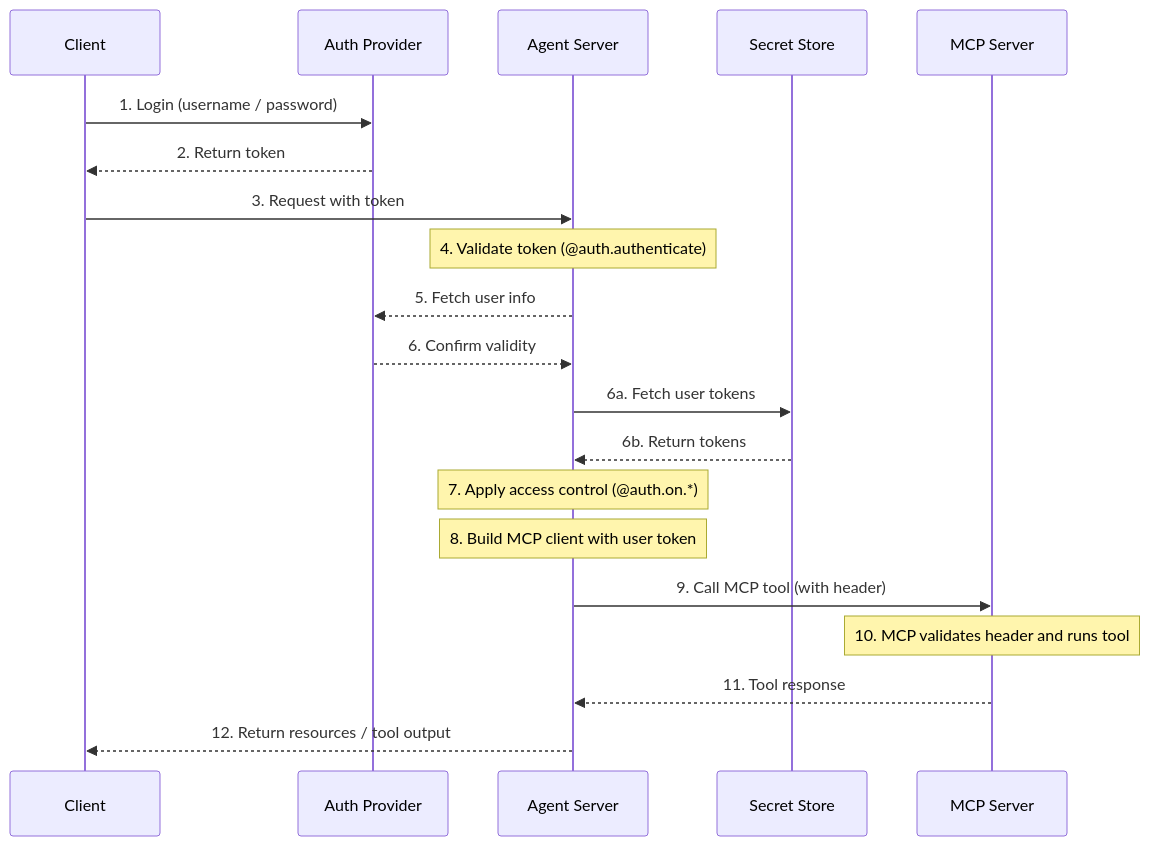
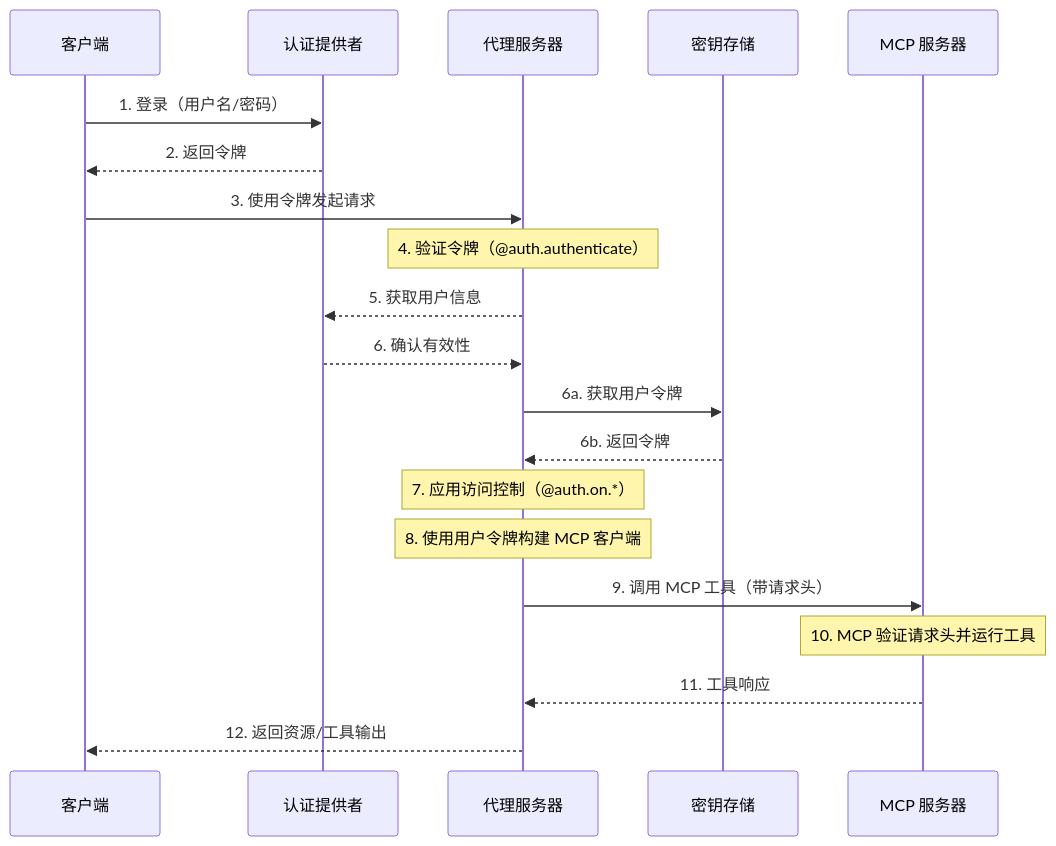
Before and after one commit to kunfan96/cndocs-langchain: the diagram in langsmith/server-mcp.mdx, drawn with Mermaid. The commit also changed other lines of this file and 2498 other files, not shown here.

````diff
--- a/langsmith/server-mcp.mdx
+++ b/langsmith/server-mcp.mdx
@@ -16,33 +16,33 @@
 ```mermaid
 sequenceDiagram
-  %% Actors
-  participant ClientApp as Client
-  participant AuthProv  as Auth Provider
-  participant LangGraph as Agent Server
-  participant SecretStore as Secret Store
-  participant MCPServer as MCP Server
+  %% 参与者
+  participant ClientApp as 客户端
+  participant AuthProv  as 认证提供者
+  participant LangGraph as 代理服务器
+  participant SecretStore as 密钥存储
+  participant MCPServer as MCP 服务器
 
-  %% Platform login / AuthN
-  ClientApp  ->> AuthProv: 1. Login (username / password)
-  AuthProv   -->> ClientApp: 2. Return token
-  ClientApp  ->> LangGraph: 3. Request with token
+  %% 平台登录 / 认证
+  ClientApp  ->> AuthProv: 1. 登录（用户名/密码）
+  AuthProv   -->> ClientApp: 2. 返回令牌
+  ClientApp  ->> LangGraph: 3. 使用令牌发起请求
 
-  Note over LangGraph: 4. Validate token (@auth.authenticate)
-  LangGraph  -->> AuthProv: 5. Fetch user info
-  AuthProv   -->> LangGraph: 6. Confirm validity
+  Note over LangGraph: 4. 验证令牌（@auth.authenticate）
+  LangGraph  -->> AuthProv: 5. 获取用户信息
+  AuthProv   -->> LangGraph: 6. 确认有效性
 
-  %% Fetch user tokens from secret store
-  LangGraph  ->> SecretStore: 6a. Fetch user tokens
-  SecretStore -->> LangGraph: 6b. Return tokens
+  %% 从密钥存储获取用户令牌
+  LangGraph  ->> SecretStore: 6a. 获取用户令牌
+  SecretStore -->> LangGraph: 6b. 返回令牌
 
-  Note over LangGraph: 7. Apply access control (@auth.on.*)
+  Note over LangGraph: 7. 应用访问控制（@auth.on.*）
 
-  %% MCP round-trip
-  Note over LangGraph: 8. Build MCP client with user token
-  LangGraph  ->> MCPServer: 9. Call MCP tool (with header)
-  Note over MCPServer: 10. MCP validates header and runs tool
-  MCPServer  -->> LangGraph: 11. Tool response
+  %% MCP 往返通信
+  Note over LangGraph: 8. 使用用户令牌构建 MCP 客户端
+  LangGraph  ->> MCPServer: 9. 调用 MCP 工具（带请求头）
+  Note over MCPServer: 10. MCP 验证请求头并运行工具
+  MCPServer  -->> LangGraph: 11. 工具响应
 
-  %% Return to caller
-  LangGraph  -->> ClientApp: 12. Return resources / tool output
+  %% 返回给调用者
+  LangGraph  -->> ClientApp: 12. 返回资源/工具输出
 ```
````
